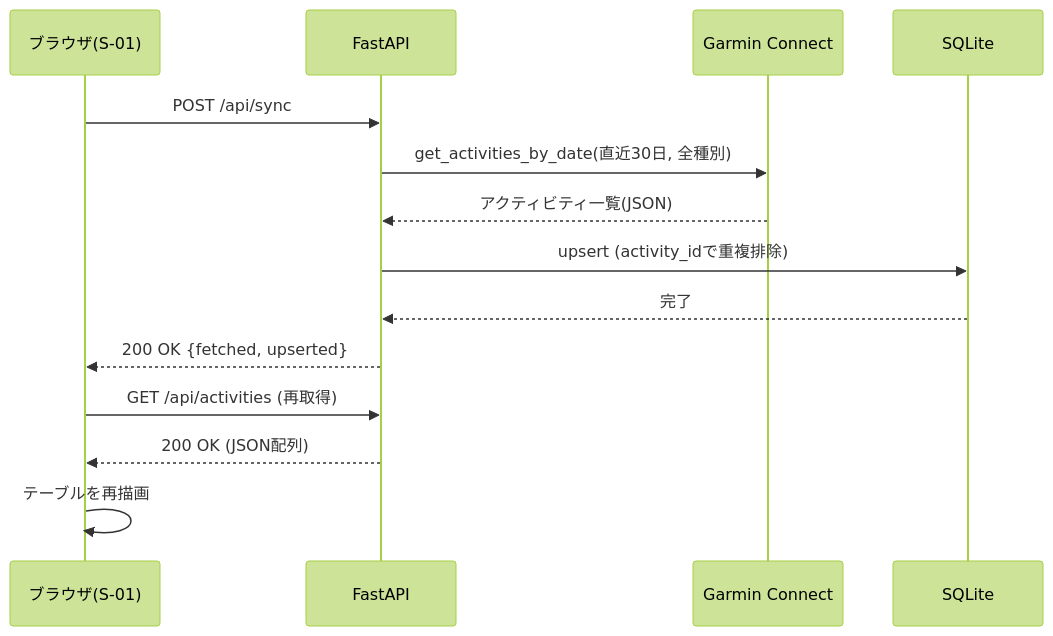
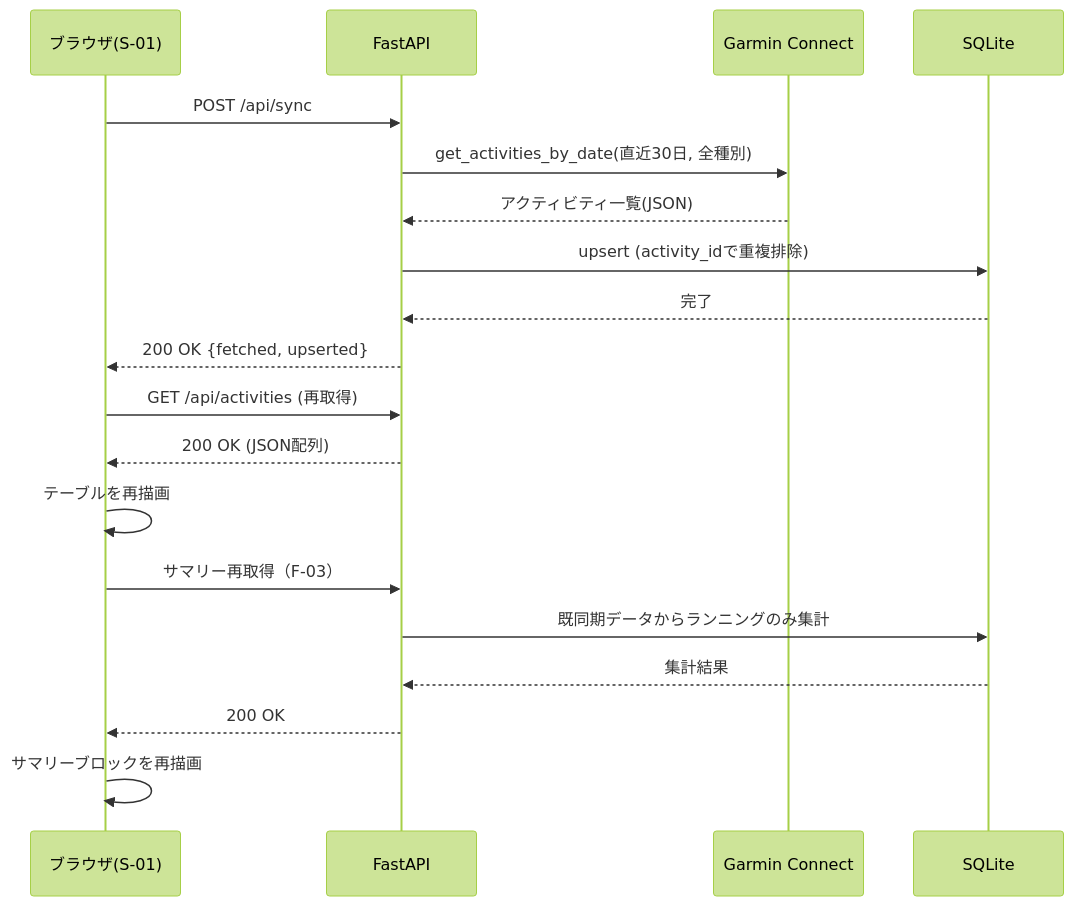
Before and after one commit to naoya0516/garmin: the third of 3 diagrams in docs/03_画面設計.md, drawn with Mermaid (forest theme). The commit also changed other lines of this file and 3 other files, not shown here.

````diff
--- a/docs/03_画面設計.md
+++ b/docs/03_画面設計.md
@@ -63,17 +76,22 @@
 ```mermaid
 sequenceDiagram
     participant B as ブラウザ(S-01)
     participant API as FastAPI
     participant G as Garmin Connect
     participant DB as SQLite
 
     B->>API: POST /api/sync
     API->>G: get_activities_by_date(直近30日, 全種別)
     G-->>API: アクティビティ一覧(JSON)
     API->>DB: upsert (activity_idで重複排除)
     DB-->>API: 完了
     API-->>B: 200 OK {fetched, upserted}
     B->>API: GET /api/activities (再取得)
     API-->>B: 200 OK (JSON配列)
     B->>B: テーブルを再描画
+    B->>API: サマリー再取得（F-03）
+    API->>DB: 既同期データからランニングのみ集計
+    DB-->>API: 集計結果
+    API-->>B: 200 OK
+    B->>B: サマリーブロックを再描画
 ```
````
